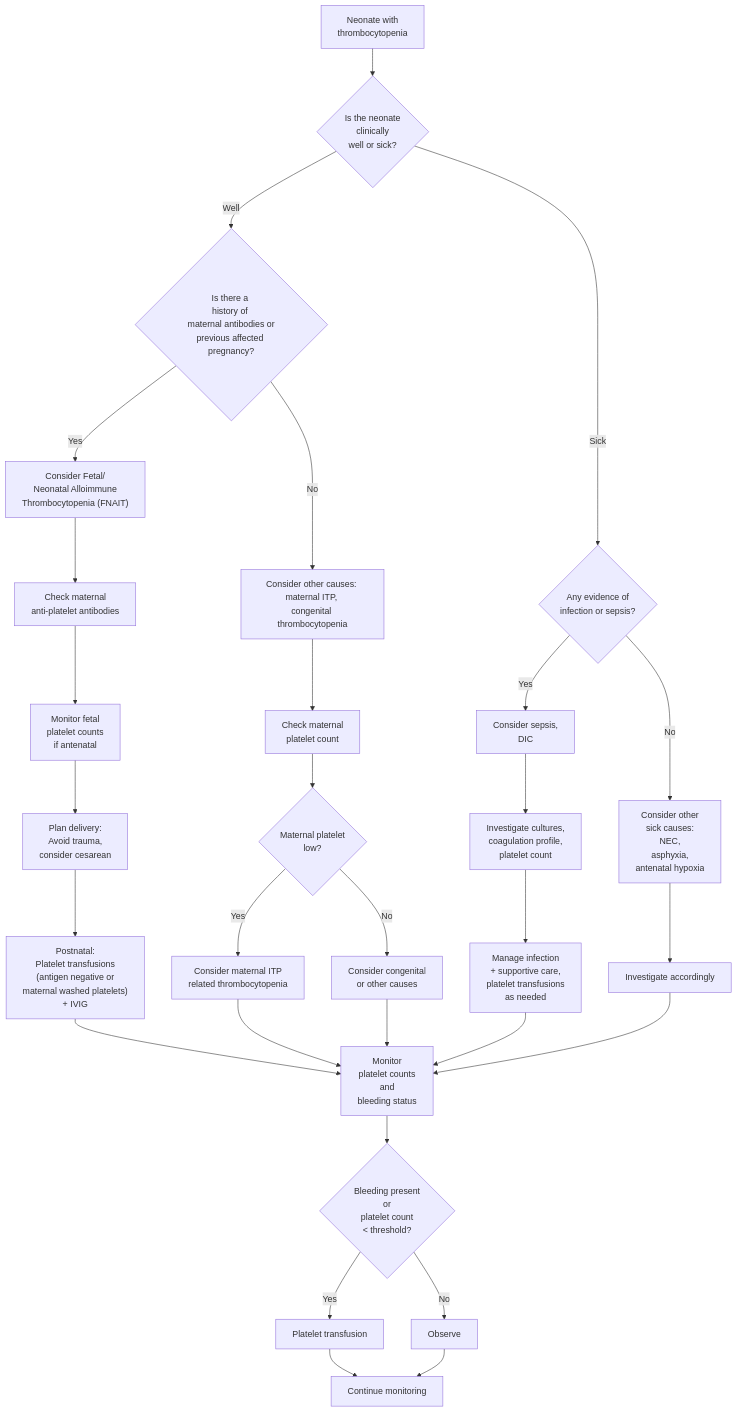
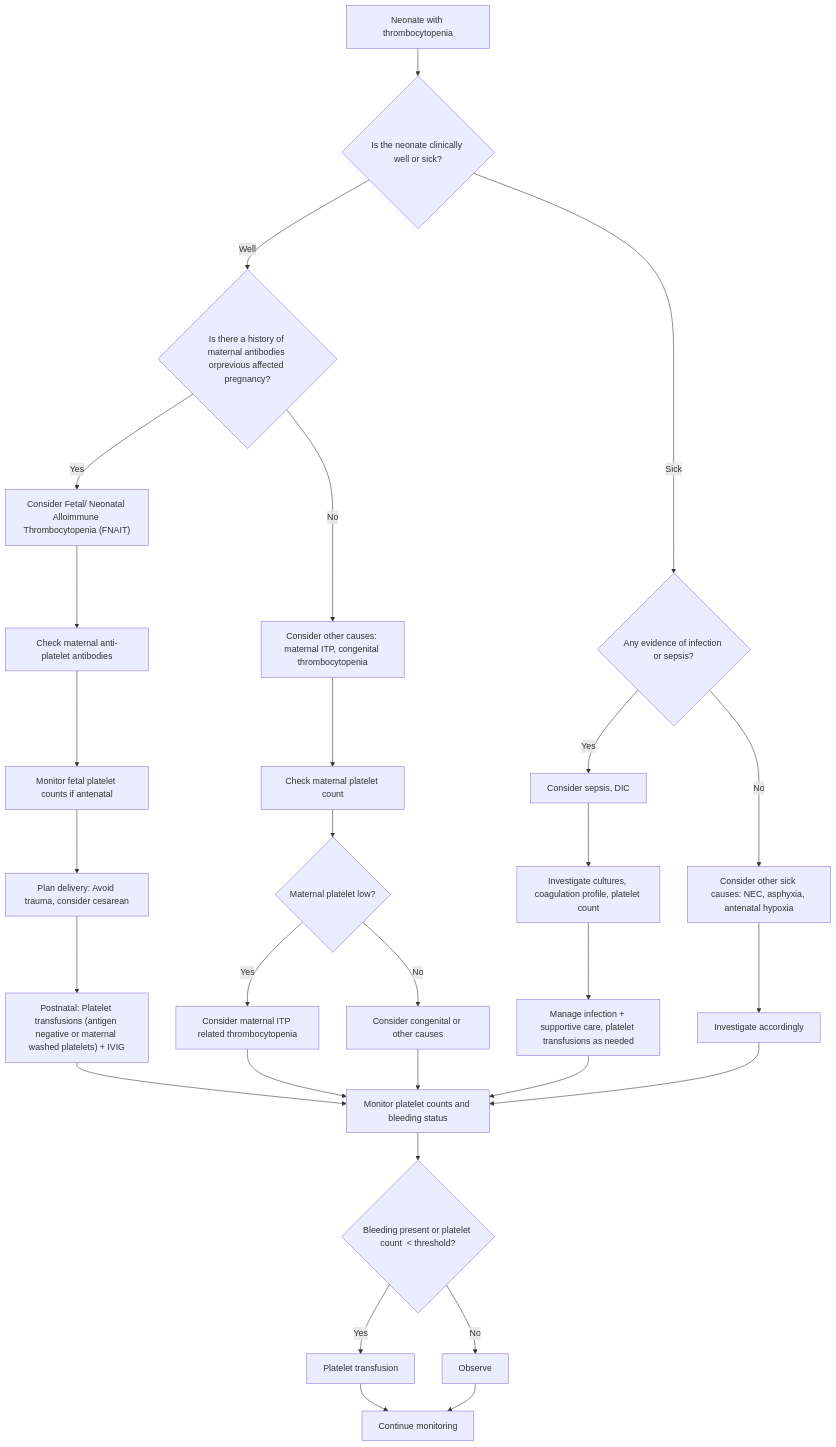
Before and after one commit to rubanbalaji-g/dnb-theory: the diagram in src/site/notes/Hematology/Platelet Disorders.md, drawn with Mermaid.

Commit message:
Published multiple files

````diff
--- a/src/site/notes/Hematology/Platelet Disorders.md
+++ b/src/site/notes/Hematology/Platelet Disorders.md
@@ -76,39 +76,39 @@
 ```mermaid
 flowchart TD
-    A[Neonate with <br>thrombocytopenia] --> B{Is the neonate <br>clinically <br>well or sick?};
-    B -->|Well| C{Is there a <br>history of <br>maternal antibodies or<br>previous affected pregnancy?};
-    B -->|Sick| D{Any evidence of <br>infection or sepsis?};
+    A[Neonate with thrombocytopenia] --> B{Is the neonate clinically well or sick?};
+    B -->|Well| C{Is there a history of maternal antibodies orprevious affected pregnancy?};
+    B -->|Sick| D{Any evidence of infection or sepsis?};
 
-    C -->|Yes| E["Consider Fetal/ <br>Neonatal Alloimmune <br>Thrombocytopenia (FNAIT)"];
-    E --> F["Check maternal <br>anti-platelet antibodies"];
-    F --> G["Monitor fetal <br>platelet counts <br>if antenatal"];
-    G --> H["Plan delivery: <br>Avoid trauma, <br>consider cesarean"];
-    H --> I["Postnatal: <br>Platelet transfusions <br>(antigen negative or <br>maternal washed platelets) <br>+ IVIG"];
+    C -->|Yes| E["Consider Fetal/ Neonatal Alloimmune Thrombocytopenia (FNAIT)"];
+    E --> F["Check maternal anti-platelet antibodies"];
+    F --> G["Monitor fetal platelet counts if antenatal"];
+    G --> H["Plan delivery: Avoid trauma, consider cesarean"];
+    H --> I["Postnatal: Platelet transfusions (antigen negative or maternal washed platelets) + IVIG"];
 
-    C -->|No| J["Consider other causes: <br>maternal ITP, <br>congenital thrombocytopenia"];
-    J --> K["Check maternal <br>platelet count"];
-    K --> L{Maternal platelet <br>low?};
-    L -->|Yes| M["Consider maternal ITP <br>related thrombocytopenia"];
-    L -->|No| N["Consider congenital <br>or other causes"];
+    C -->|No| J["Consider other causes: maternal ITP, congenital thrombocytopenia"];
+    J --> K["Check maternal platelet count"];
+    K --> L{Maternal platelet low?};
+    L -->|Yes| M["Consider maternal ITP related thrombocytopenia"];
+    L -->|No| N["Consider congenital or other causes"];
 
-    D -->|Yes| O["Consider sepsis, <br>DIC"];
-    O --> P["Investigate cultures, <br>coagulation profile, <br>platelet count"];
-    P --> Q["Manage infection <br>+ supportive care, <br>platelet transfusions <br>as needed"];
+    D -->|Yes| O["Consider sepsis, DIC"];
+    O --> P["Investigate cultures, coagulation profile, platelet count"];
+    P --> Q["Manage infection + supportive care, platelet transfusions as needed"];
 
-    D -->|No| R["Consider other <br>sick causes: <br>NEC, <br>asphyxia, <br>antenatal hypoxia"];
+    D -->|No| R["Consider other sick causes: NEC, asphyxia, antenatal hypoxia"];
     R --> S["Investigate accordingly"];
 
-    I --> T["Monitor <br>platelet counts <br>and <br>bleeding status"];
+    I --> T["Monitor platelet counts and bleeding status"];
     M --> T;
     N --> T;
     Q --> T;
     S --> T;
 
-    T --> U{Bleeding present <br>or <br>platelet count <br> &lt; threshold?};
+    T --> U{Bleeding present or platelet count  &lt; threshold?};
     U -->|Yes| V["Platelet transfusion"];
     U -->|No| W["Observe"];
 
     V --> X["Continue monitoring"];
     W --> X;
 
 ```
````
